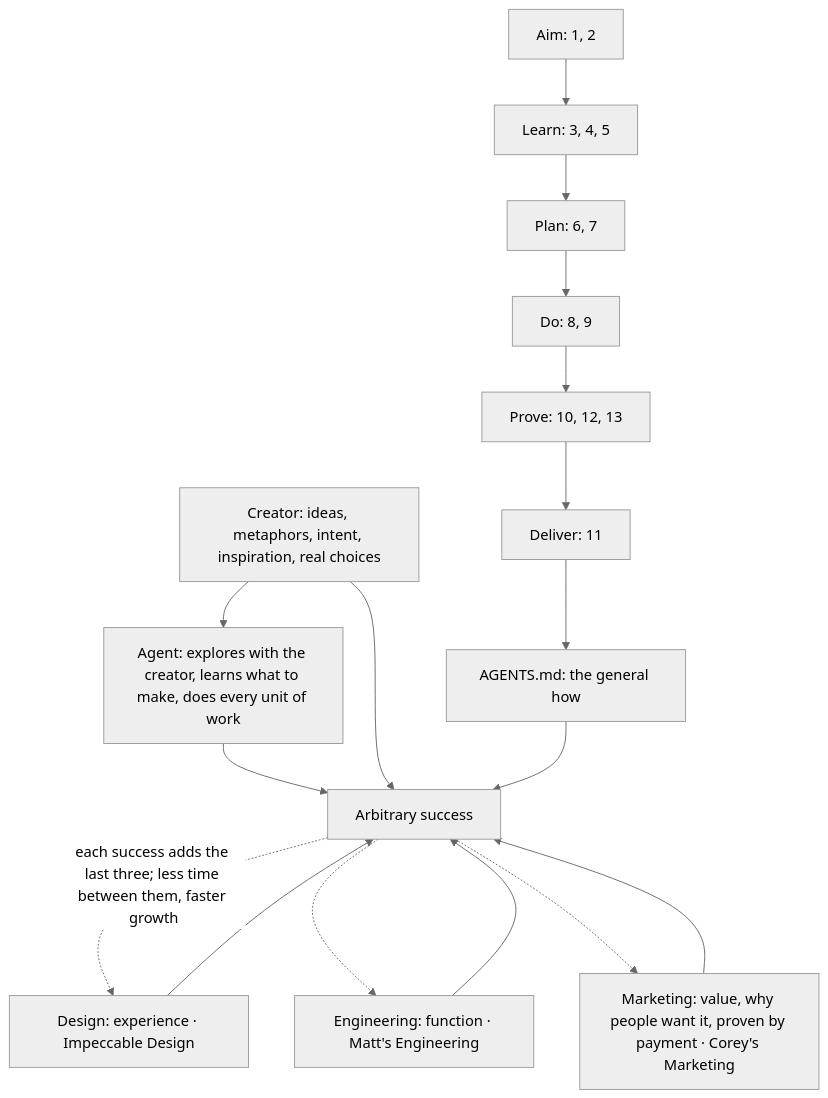
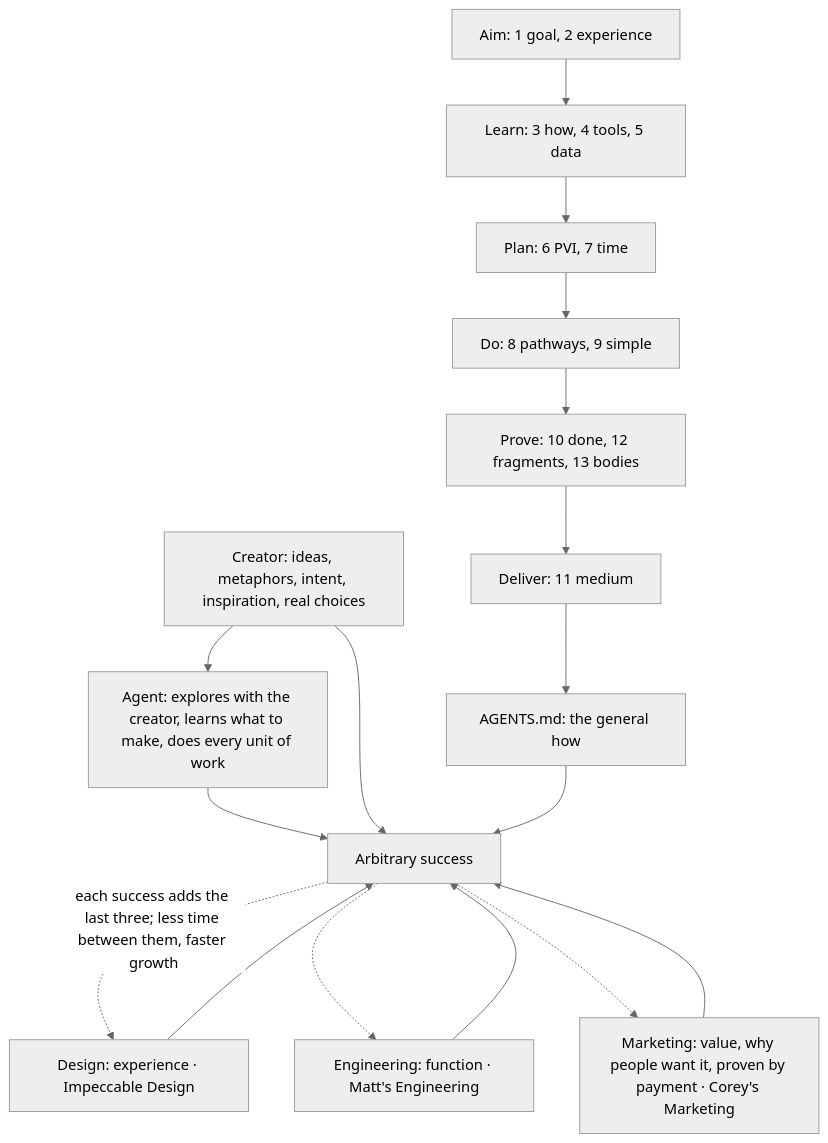
Before and after one commit to SolenixAI/arbiter: the first of 14 diagrams in AGENTS.md, drawn with Mermaid (neutral theme). The commit also changed other lines of this file, not shown here.

First line of the commit message:
docs(agents): title, defined terms, general wording, engine review fixes (#6)

````diff
--- a/AGENTS.md
+++ b/AGENTS.md
@@ -37,14 +44,14 @@
 ```mermaid
 flowchart TD
-  A[Aim: 1, 2] --> L[Learn: 3, 4, 5] --> P[Plan: 6, 7] --> D[Do: 8, 9] --> V[Prove: 10, 12, 13] --> O[Deliver: 11] --> F[AGENTS.md: the general how]
+  A[Aim: 1 goal, 2 experience] --> L[Learn: 3 how, 4 tools, 5 data] --> P[Plan: 6 PVI, 7 time] --> D[Do: 8 pathways, 9 simple] --> V[Prove: 10 done, 12 fragments, 13 bodies] --> O[Deliver: 11 medium] --> F[AGENTS.md: the general how]
   CR[Creator: ideas, metaphors, intent, inspiration, real choices] --> AG[Agent: explores with the creator, learns what to make, does every unit of work]
   AG --> S[Arbitrary success]
   CR --> S
   F --> S
   DS[Design: experience · Impeccable Design] --> S
   EG[Engineering: function · Matt's Engineering] --> S
   SL[Marketing: value, why people want it, proven by payment · Corey's Marketing] --> S
   S -.->|"each success adds the last three; less time between them, faster growth"| DS
   S -.-> EG
   S -.-> SL
 ```
````
